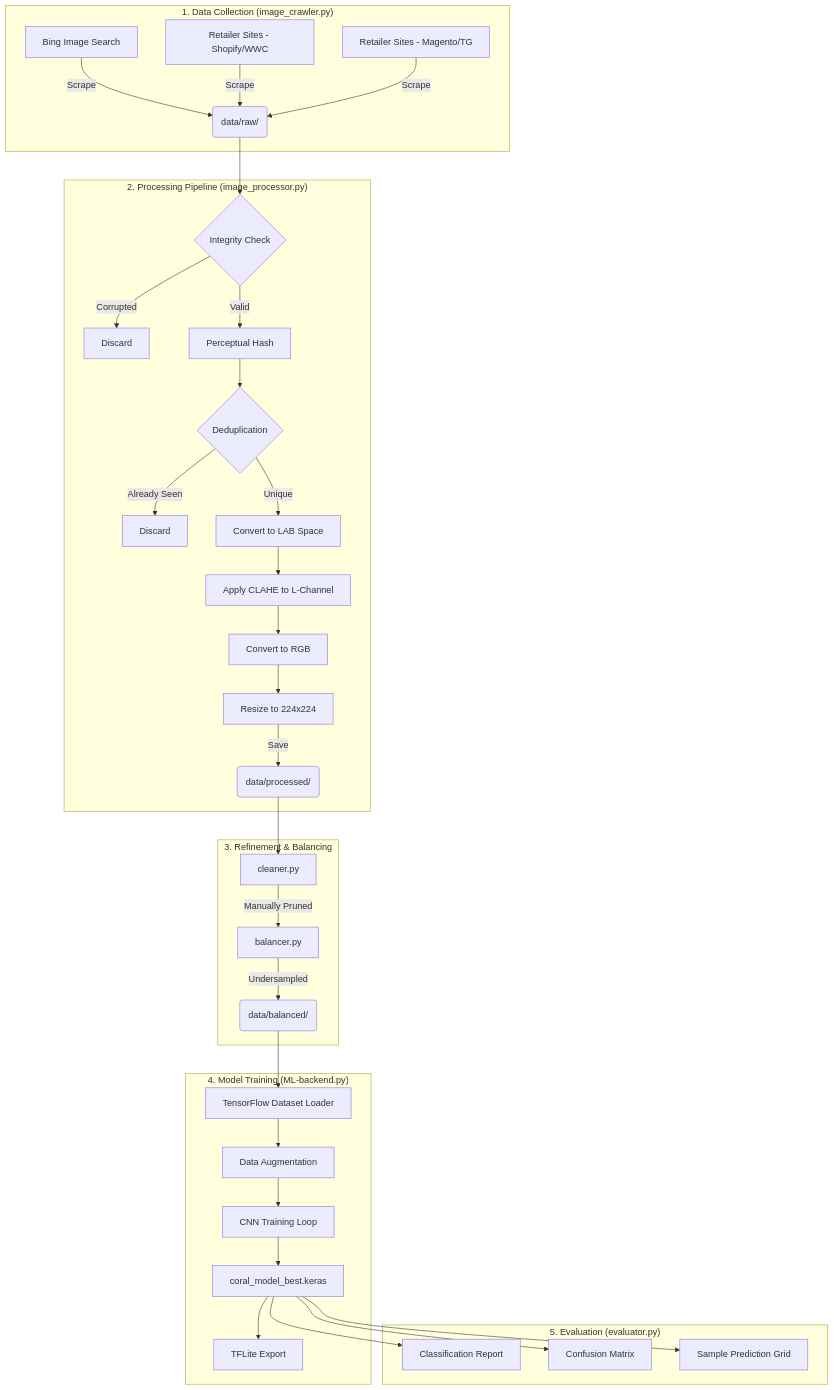
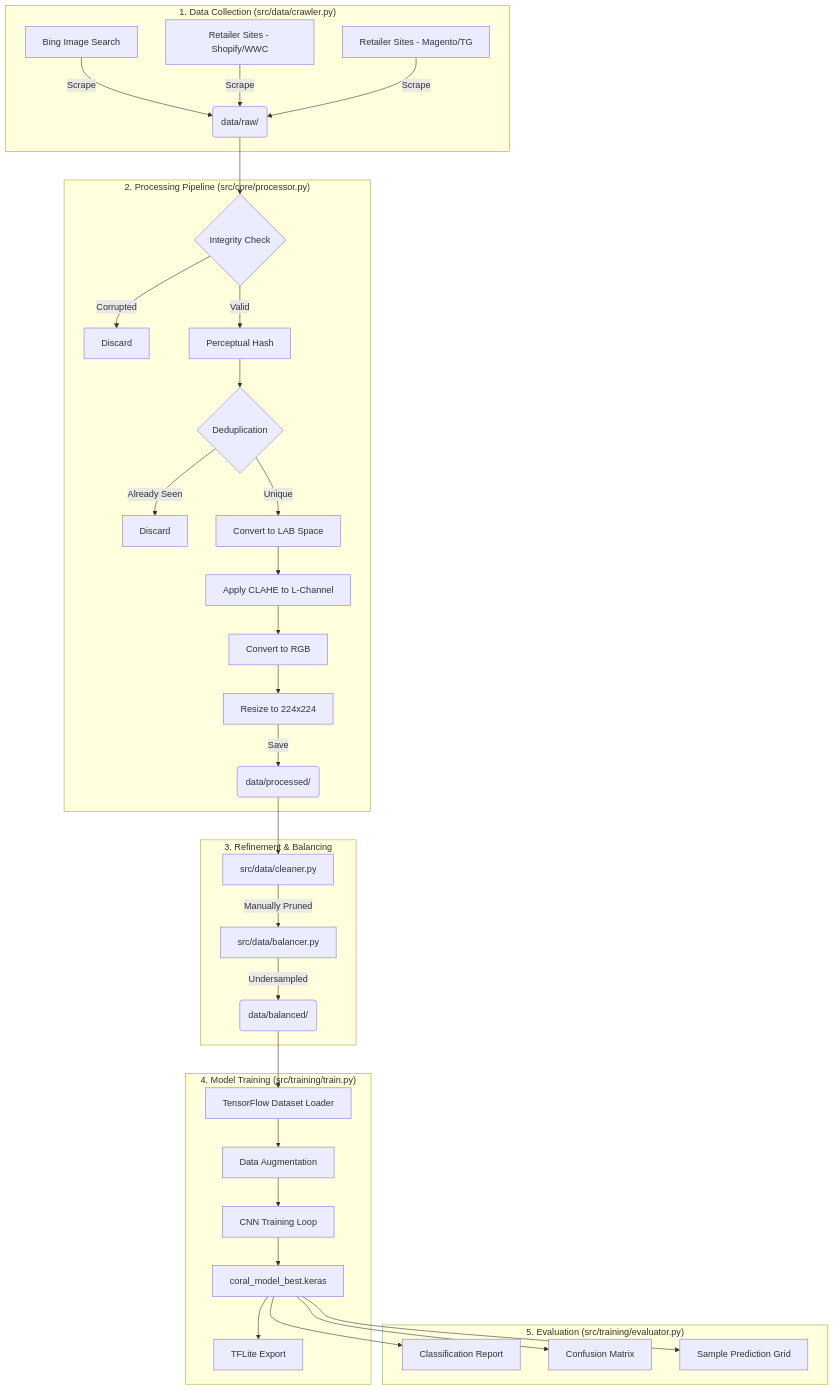
One commit to ejaebker/Coral-Image-identifier changed the diagram in DIAGRAM.md. Above: the diagram before and after it, drawn with Mermaid. The commit also changed 13 other files, not shown here.

Commit message:
Refactor: Modularize src/ directory into core, data, and training sub-packages

````diff
--- a/DIAGRAM.md
+++ b/DIAGRAM.md
@@ -5,41 +5,41 @@
 ```mermaid
 graph TD
-    subgraph "1. Data Collection (image_crawler.py)"
+    subgraph "1. Data Collection (src/data/crawler.py)"
         A[Bing Image Search] -->|Scrape| B(data/raw/)
         C[Retailer Sites - Shopify/WWC] -->|Scrape| B
         D[Retailer Sites - Magento/TG] -->|Scrape| B
     end
 
-    subgraph "2. Processing Pipeline (image_processor.py)"
+    subgraph "2. Processing Pipeline (src/core/processor.py)"
         B --> E{Integrity Check}
         E -->|Corrupted| F[Discard]
         E -->|Valid| G[Perceptual Hash]
         G --> H{Deduplication}
         H -->|Already Seen| I[Discard]
         H -->|Unique| J[Convert to LAB Space]
         J --> K[Apply CLAHE to L-Channel]
         K --> L[Convert to RGB]
         L --> M[Resize to 224x224]
         M -->|Save| N(data/processed/)
     end
 
     subgraph "3. Refinement & Balancing"
-        N --> N1[cleaner.py]
-        N1 -->|Manually Pruned| N2[balancer.py]
+        N --> N1[src/data/cleaner.py]
+        N1 -->|Manually Pruned| N2[src/data/balancer.py]
         N2 -->|Undersampled| B1(data/balanced/)
     end
 
-    subgraph "4. Model Training (ML-backend.py)"
+    subgraph "4. Model Training (src/training/train.py)"
         B1 --> O[TensorFlow Dataset Loader]
         O --> P[Data Augmentation]
         P --> Q[CNN Training Loop]
         Q --> R[coral_model_best.keras]
         R --> S[TFLite Export]
     end
 
-    subgraph "5. Evaluation (evaluator.py)"
+    subgraph "5. Evaluation (src/training/evaluator.py)"
         R --> T[Classification Report]
         R --> U[Confusion Matrix]
         R --> V[Sample Prediction Grid]
     end
 ```
````
